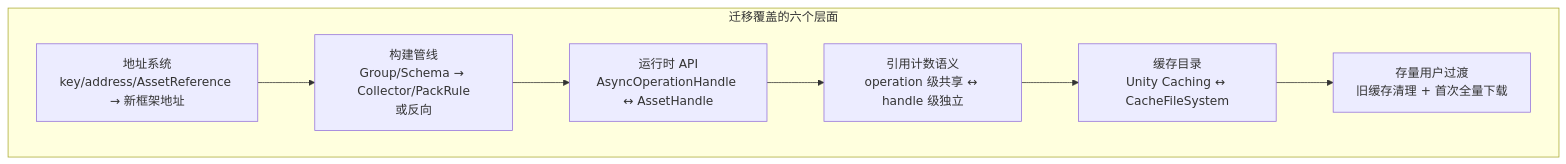
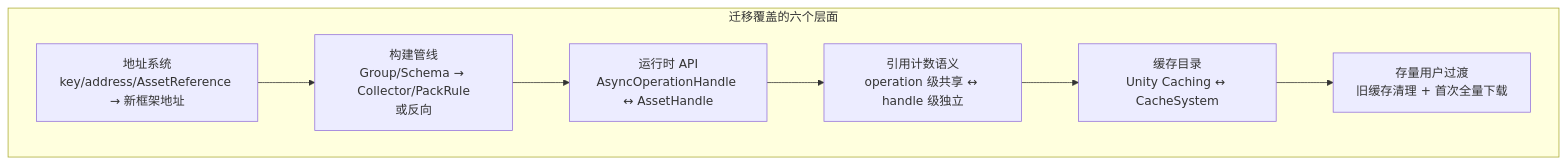
One commit to TwoEggDu/twoegg-tech-stack changed the first of 3 diagrams in content/problem-solving/addressables-yooasset-migration-path-compatibility-pitfalls.md. Above: the diagram before and after it, drawn with Mermaid. The commit also changed other lines of this file and 17 other files, not shown here.

````diff
--- a/content/problem-solving/addressables-yooasset-migration-path-compatibility-pitfalls.md
+++ b/content/problem-solving/addressables-yooasset-migration-path-compatibility-pitfalls.md
@@ -51,13 +51,13 @@
 ```mermaid
 flowchart TD
     subgraph Migration["迁移覆盖的六个层面"]
         L1["地址系统<br/>key/address/AssetReference → 新框架地址"]
         L2["构建管线<br/>Group/Schema → Collector/PackRule<br/>或反向"]
         L3["运行时 API<br/>AsyncOperationHandle ↔ AssetHandle"]
         L4["引用计数语义<br/>operation 级共享 ↔ handle 级独立"]
-        L5["缓存目录<br/>Unity Caching ↔ CacheFileSystem"]
+        L5["缓存目录<br/>Unity Caching ↔ CacheSystem"]
         L6["存量用户过渡<br/>旧缓存清理 + 首次全量下载"]
     end
 
     L1 --> L2 --> L3 --> L4 --> L5 --> L6
 ```
````
